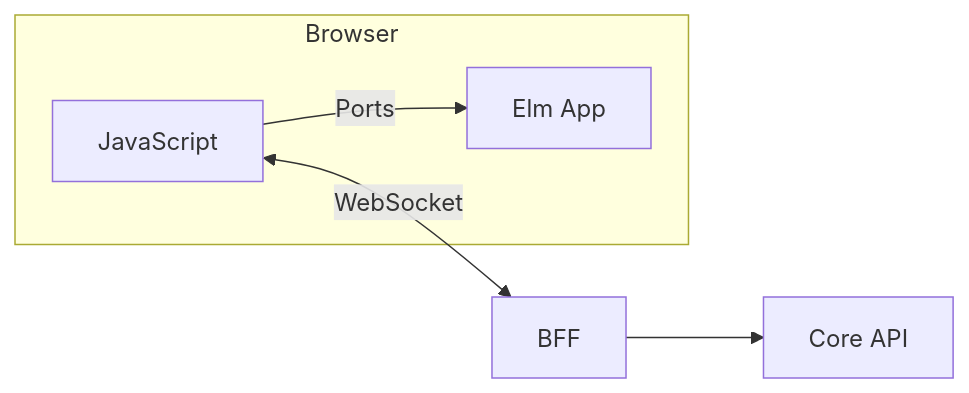
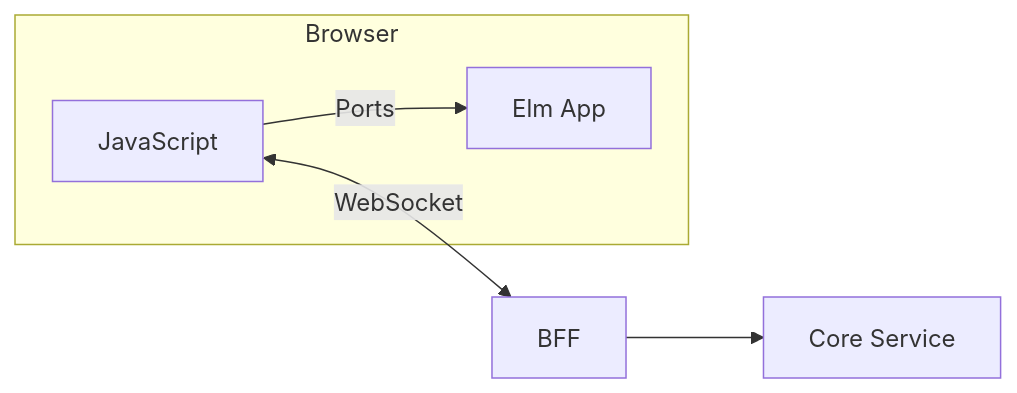
Before and after one commit to ka2kama/ringiflow: the fourth of 5 diagrams in docs/02_基本設計書/00_アーキテクチャ概要.md, drawn with Mermaid. The commit also changed other lines of this file and 55 other files, not shown here.

````diff
--- a/docs/02_基本設計書/00_アーキテクチャ概要.md
+++ b/docs/02_基本設計書/00_アーキテクチャ概要.md
@@ -135,10 +135,10 @@
 ```mermaid
 flowchart LR
     subgraph Browser
         JS["JavaScript"]
         Elm["Elm App"]
         JS -->|Ports| Elm
     end
     JS <-->|WebSocket| BFF["BFF"]
-    BFF --> Core["Core API"]
+    BFF --> Core["Core Service"]
 ```
````
